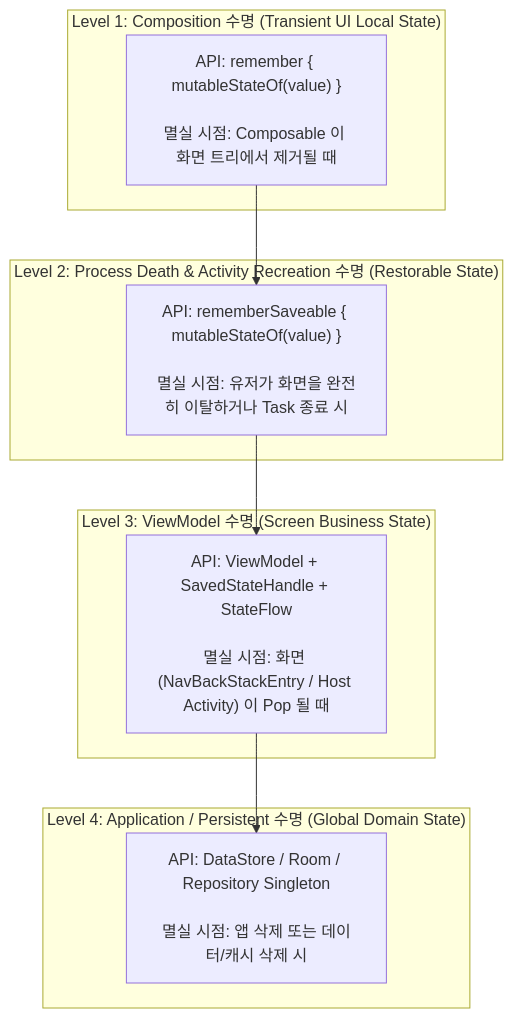
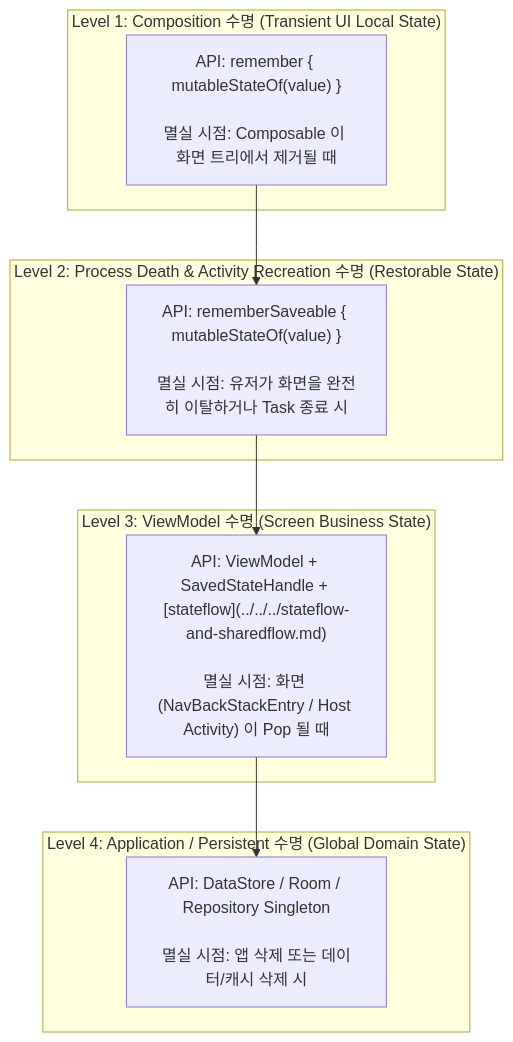
Before and after one commit to youngmin-gwon/what-i-studied: the diagram in 01_inbox/mobile/android/02_app_framework/jetpack-compose/state-and-lifecycle/compose-state-and-effect-contracts/compose-state-api-selection-by-lifetime.md, drawn with Mermaid. The commit also changed other lines of this file and 185 other files, not shown here.

````diff
--- a/01_inbox/mobile/android/02_app_framework/jetpack-compose/state-and-lifecycle/compose-state-and-effect-contracts/compose-state-api-selection-by-lifetime.md
+++ b/01_inbox/mobile/android/02_app_framework/jetpack-compose/state-and-lifecycle/compose-state-and-effect-contracts/compose-state-api-selection-by-lifetime.md
@@ -30,22 +30,22 @@
 ```mermaid
 graph TD
     subgraph L1["Level 1: Composition 수명 (Transient UI Local State)"]
         A["API: remember { mutableStateOf(value) }<br/><br/>멸실 시점: Composable 이 화면 트리에서 제거될 때"]
     end
 
     subgraph L2["Level 2: Process Death & Activity Recreation 수명 (Restorable State)"]
         B["API: rememberSaveable { mutableStateOf(value) }<br/><br/>멸실 시점: 유저가 화면을 완전히 이탈하거나 Task 종료 시"]
     end
 
     subgraph L3["Level 3: ViewModel 수명 (Screen Business State)"]
-        C["API: ViewModel + SavedStateHandle + StateFlow<br/><br/>멸실 시점: 화면 (NavBackStackEntry / Host Activity) 이 Pop 될 때"]
+        C["API: ViewModel + SavedStateHandle + [stateflow](../../../stateflow-and-sharedflow.md)<br/><br/>멸실 시점: 화면 (NavBackStackEntry / Host Activity) 이 Pop 될 때"]
     end
 
     subgraph L4["Level 4: Application / Persistent 수명 (Global Domain State)"]
         D["API: DataStore / Room / Repository Singleton<br/><br/>멸실 시점: 앱 삭제 또는 데이터/캐시 삭제 시"]
     end
 
     A --> B
     B --> C
     C --> D
 ```
````
